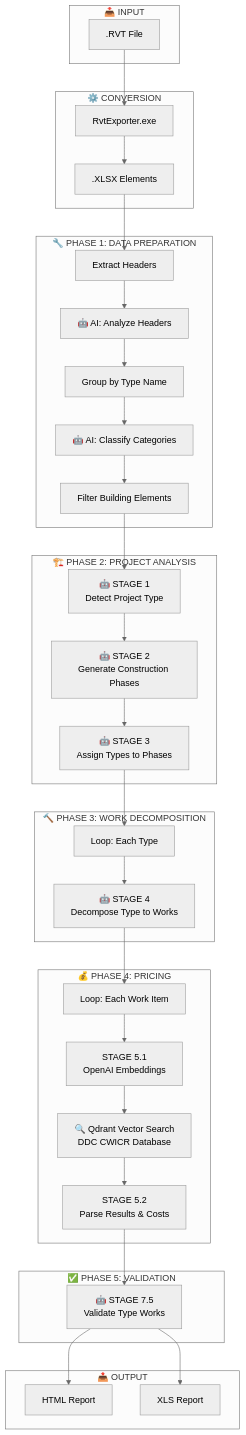
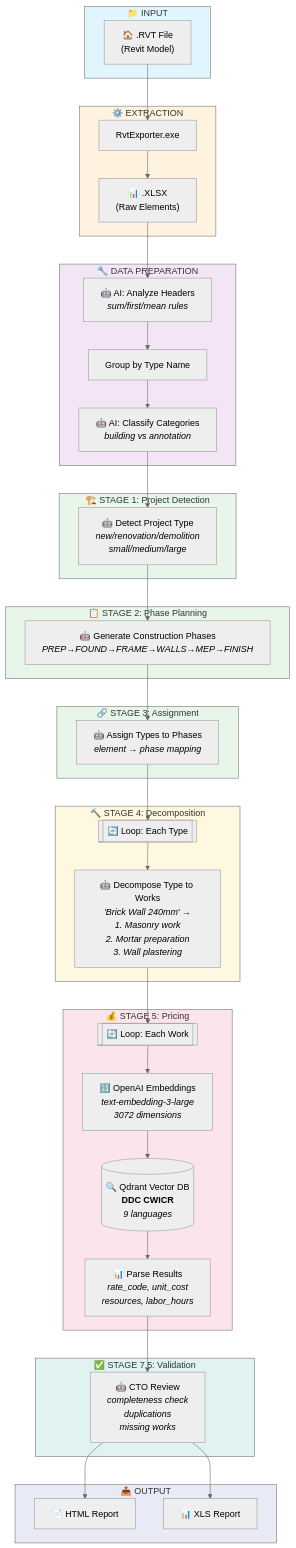
Before and after one commit to datadrivenconstruction/OpenConstructionEstimate-DDC-CWICR: the fifth of 5 diagrams in README.md, drawn with Mermaid (neutral theme). The commit also changed other lines of this file, not shown here.

````diff
--- a/README.md
+++ b/README.md
@@ -400,56 +288,69 @@
 ```mermaid
 flowchart TB
-    subgraph INPUT["📥 INPUT"]
-        RVT[".RVT File"]
+    subgraph INPUT["📁 INPUT"]
+        RVT["🏠 .RVT File<br/>(Revit Model)"]
     end
 
-    subgraph CONVERT["⚙️ CONVERSION"]
+    subgraph EXTRACT["⚙️ EXTRACTION"]
         CONV["RvtExporter.exe"]
-        XLSX[".XLSX Elements"]
+        XLSX["📊 .XLSX<br/>(Raw Elements)"]
     end
 
-    subgraph PREP["🔧 PHASE 1: DATA PREPARATION"]
-        HEADERS["Extract Headers"]
-        AI_HEADERS["🤖 AI: Analyze Headers"]
+    subgraph PREP["🔧 DATA PREPARATION"]
+        AI_HDR["🤖 AI: Analyze Headers<br/><i>sum/first/mean rules</i>"]
         GROUP["Group by Type Name"]
-        AI_CLASSIFY["🤖 AI: Classify Categories"]
-        FILTER["Filter Building Elements"]
+        AI_CAT["🤖 AI: Classify Categories<br/><i>building vs annotation</i>"]
     end
 
-    subgraph ANALYSIS["🏗️ PHASE 2: PROJECT ANALYSIS"]
-        STAGE1["🤖 STAGE 1<br/>Detect Project Type"]
-        STAGE2["🤖 STAGE 2<br/>Generate Construction Phases"]
-        STAGE3["🤖 STAGE 3<br/>Assign Types to Phases"]
+    subgraph STAGE1["🏗️ STAGE 1: Project Detection"]
+        S1["🤖 Detect Project Type<br/><i>new/renovation/demolition</i><br/><i>small/medium/large</i>"]
     end
 
-    subgraph DECOMP["🔨 PHASE 3: WORK DECOMPOSITION"]
-        LOOP1["Loop: Each Type"]
-        STAGE4["🤖 STAGE 4<br/>Decompose Type to Works"]
+    subgraph STAGE2["📋 STAGE 2: Phase Planning"]
+        S2["🤖 Generate Construction Phases<br/><i>PREP→FOUND→FRAME→WALLS→MEP→FINISH</i>"]
     end
 
-    subgraph PRICING["💰 PHASE 4: PRICING"]
-        LOOP2["Loop: Each Work Item"]
-        STAGE51["STAGE 5.1<br/>OpenAI Embeddings"]
-        QDRANT["🔍 Qdrant Vector Search<br/>DDC CWICR Database"]
-        STAGE52["STAGE 5.2<br/>Parse Results & Costs"]
+    subgraph STAGE3["🔗 STAGE 3: Assignment"]
+        S3["🤖 Assign Types to Phases<br/><i>element → phase mapping</i>"]
     end
 
-    subgraph VALIDATE["✅ PHASE 5: VALIDATION"]
-        STAGE75["🤖 STAGE 7.5<br/>Validate Type Works"]
+    subgraph STAGE4["🔨 STAGE 4: Decomposition"]
+        LOOP1[["🔄 Loop: Each Type"]]
+        S4["🤖 Decompose Type to Works<br/><i>'Brick Wall 240mm' →</i><br/><i>1. Masonry work</i><br/><i>2. Mortar preparation</i><br/><i>3. Wall plastering</i>"]
+    end
+
+    subgraph STAGE5["💰 STAGE 5: Pricing"]
+        LOOP2[["🔄 Loop: Each Work"]]
+        S51["🔢 OpenAI Embeddings<br/><i>text-embedding-3-large</i><br/><i>3072 dimensions</i>"]
+        QDRANT[("🔍 Qdrant Vector DB<br/><b>DDC CWICR</b><br/><i>9 languages</i>")]
+        S52["📊 Parse Results<br/><i>rate_code, unit_cost</i><br/><i>resources, labor_hours</i>"]
+    end
+
+    subgraph STAGE75["✅ STAGE 7.5: Validation"]
+        S75["🤖 CTO Review<br/><i>completeness check</i><br/><i>duplications</i><br/><i>missing works</i>"]
     end
 
     subgraph OUTPUT["📤 OUTPUT"]
-        HTML["HTML Report"]
-        XLS["XLS Report"]
+        HTML["📄 HTML Report"]
+        XLS["📊 XLS Report"]
     end
 
     RVT --> CONV --> XLSX
-    XLSX --> HEADERS --> AI_HEADERS --> GROUP
-    GROUP --> AI_CLASSIFY --> FILTER
-    FILTER --> STAGE1 --> STAGE2 --> STAGE3
-    STAGE3 --> LOOP1 --> STAGE4
-    STAGE4 --> LOOP2 --> STAGE51 --> QDRANT --> STAGE52
-    STAGE52 --> STAGE75
-    STAGE75 --> HTML
-    STAGE75 --> XLS
+    XLSX --> AI_HDR --> GROUP --> AI_CAT
+    AI_CAT --> S1 --> S2 --> S3
+    S3 --> LOOP1 --> S4
+    S4 --> LOOP2 --> S51 --> QDRANT --> S52
+    S52 --> S75
+    S75 --> HTML & XLS
+
+    style INPUT fill:#e1f5fe
+    style EXTRACT fill:#fff3e0
+    style PREP fill:#f3e5f5
+    style STAGE1 fill:#e8f5e9
+    style STAGE2 fill:#e8f5e9
+    style STAGE3 fill:#e8f5e9
+    style STAGE4 fill:#fff8e1
+    style STAGE5 fill:#fce4ec
+    style STAGE75 fill:#e0f2f1
+    style OUTPUT fill:#e8eaf6
 ```
````
